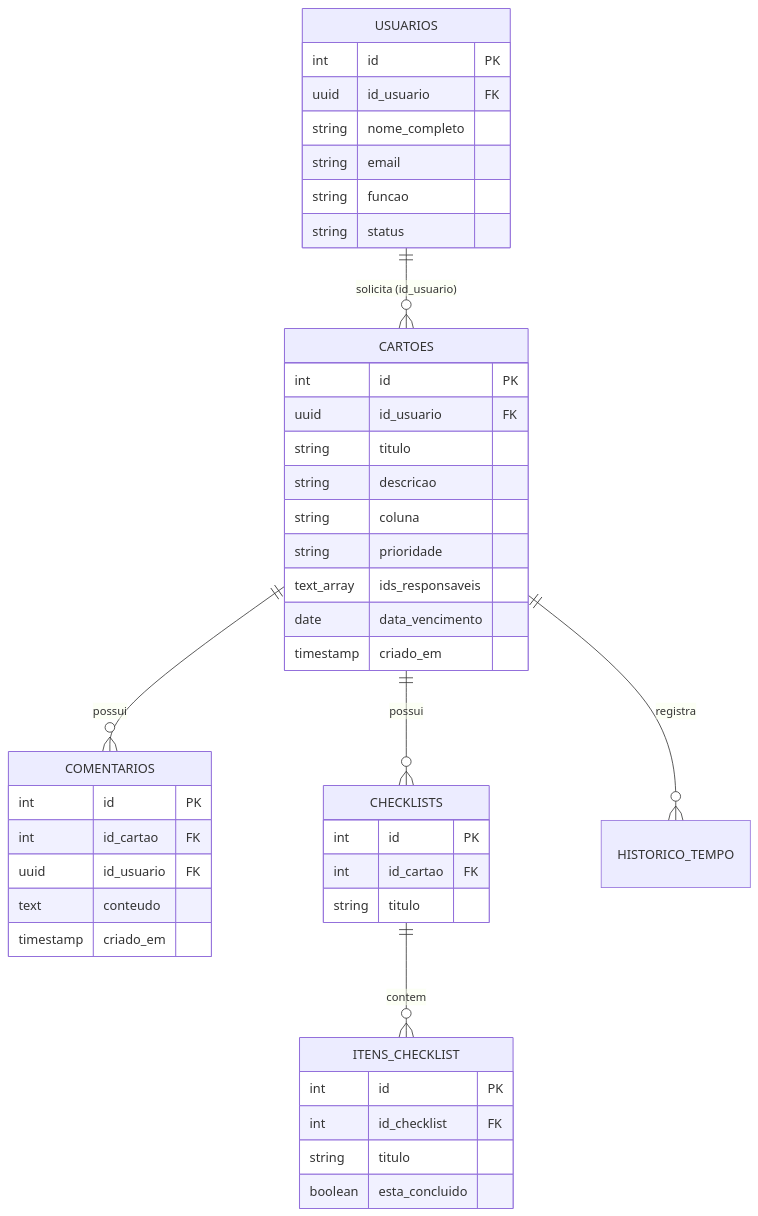
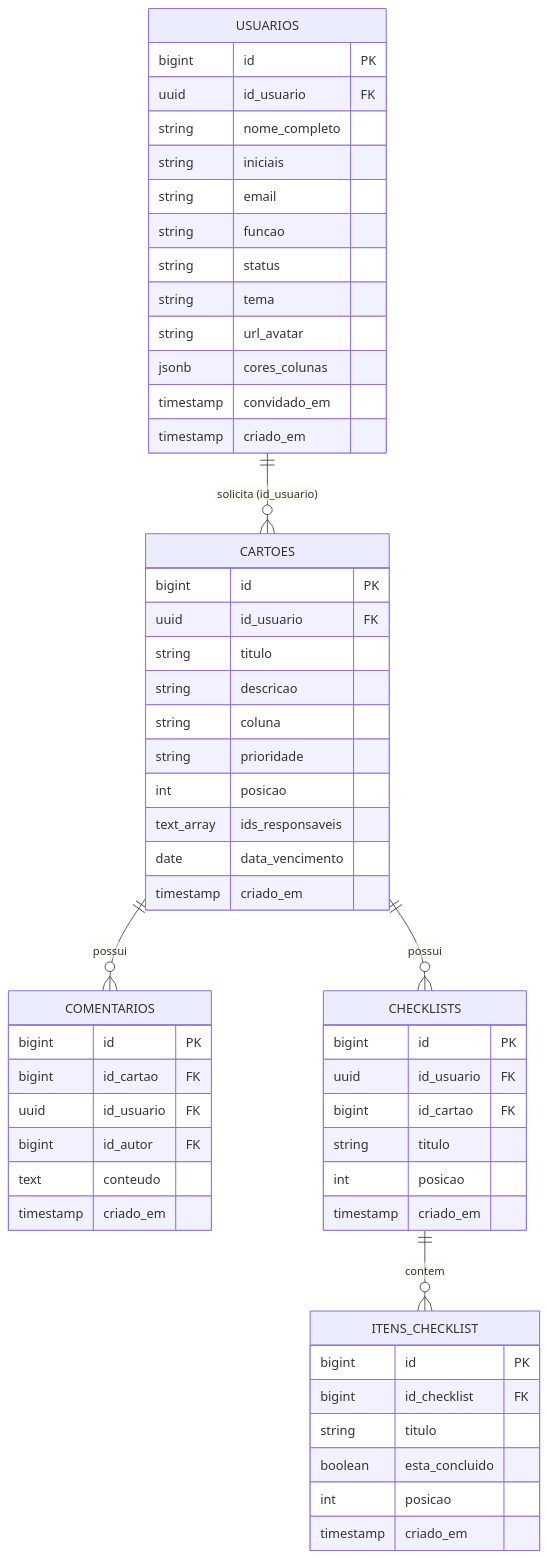
The diagram in README.md (awaltmayer/Sistema_SGDI), drawn with Mermaid before and after one commit. The commit also changed other lines of this file, not shown here.

````diff
--- a/README.md
+++ b/README.md
@@ -116,50 +170,62 @@
 ```mermaid
 erDiagram
     USUARIOS ||--o{ CARTOES : "solicita (id_usuario)"
     CARTOES ||--o{ COMENTARIOS : "possui"
     CARTOES ||--o{ CHECKLISTS : "possui"
     CHECKLISTS ||--o{ ITENS_CHECKLIST : "contem"
-    CARTOES ||--o{ HISTORICO_TEMPO : "registra"
 
     USUARIOS {
-        int id PK
+        bigint id PK
         uuid id_usuario FK
         string nome_completo
+        string iniciais
         string email
         string funcao
         string status
+        string tema
+        string url_avatar
+        jsonb cores_colunas
+        timestamp convidado_em
+        timestamp criado_em
     }
 
     CARTOES {
-        int id PK
+        bigint id PK
         uuid id_usuario FK
         string titulo
         string descricao
         string coluna
         string prioridade
+        int posicao
         text_array ids_responsaveis
         date data_vencimento
         timestamp criado_em
     }
 
     CHECKLISTS {
-        int id PK
-        int id_cartao FK
+        bigint id PK
+        uuid id_usuario FK
+        bigint id_cartao FK
         string titulo
+        int posicao
+        timestamp criado_em
     }
 
     ITENS_CHECKLIST {
-        int id PK
-        int id_checklist FK
+        bigint id PK
+        bigint id_checklist FK
         string titulo
         boolean esta_concluido
+        int posicao
+        timestamp criado_em
     }
 
     COMENTARIOS {
-        int id PK
-        int id_cartao FK
+        bigint id PK
+        bigint id_cartao FK
         uuid id_usuario FK
+        bigint id_autor FK
         text conteudo
         timestamp criado_em
     }
 ```
````
